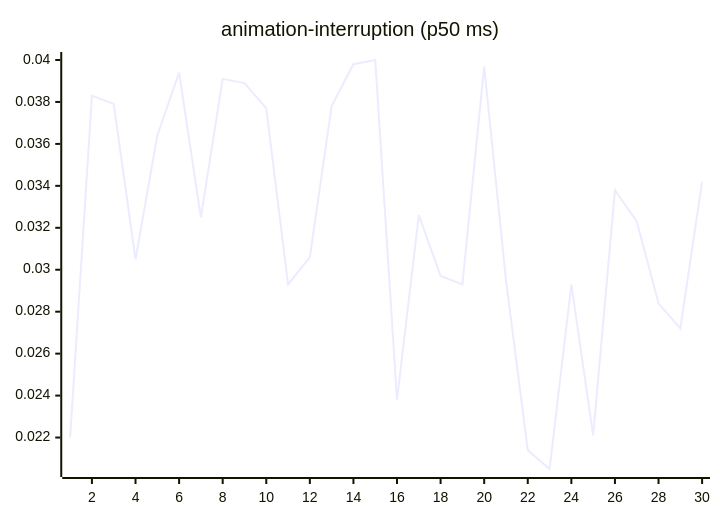
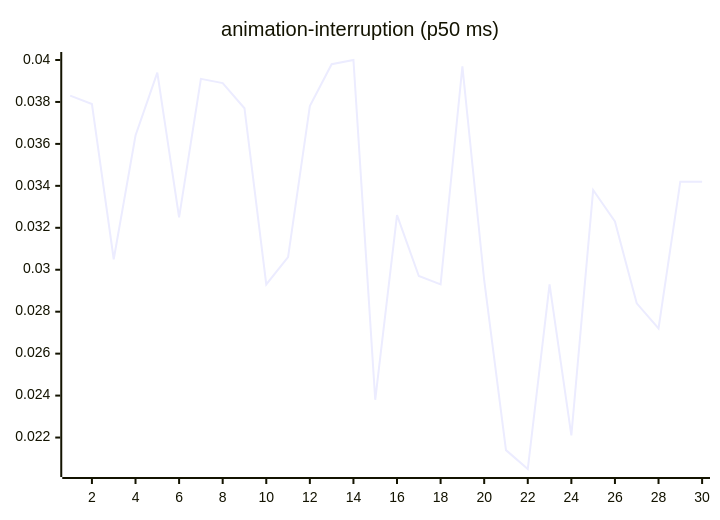
The third of 27 diagrams in README.md (josha/Facet), drawn with Mermaid before and after one commit. The commit also changed other lines of this file and 2 other files, not shown here.

````diff
--- a/README.md
+++ b/README.md
@@ -77,6 +77,6 @@
 ```mermaid
 xychart-beta
     title "animation-interruption (p50 ms)"
     x-axis 1 --> 30
-    line [0.0220, 0.0383, 0.0379, 0.0305, 0.0364, 0.0394, 0.0325, 0.0391, 0.0389, 0.0377, 0.0293, 0.0306, 0.0378, 0.0398, 0.0400, 0.0238, 0.0326, 0.0297, 0.0293, 0.0397, 0.0295, 0.0214, 0.0205, 0.0293, 0.0221, 0.0338, 0.0323, 0.0284, 0.0272, 0.0342]
+    line [0.0383, 0.0379, 0.0305, 0.0364, 0.0394, 0.0325, 0.0391, 0.0389, 0.0377, 0.0293, 0.0306, 0.0378, 0.0398, 0.0400, 0.0238, 0.0326, 0.0297, 0.0293, 0.0397, 0.0295, 0.0214, 0.0205, 0.0293, 0.0221, 0.0338, 0.0323, 0.0284, 0.0272, 0.0342, 0.0342]
 ```
````
